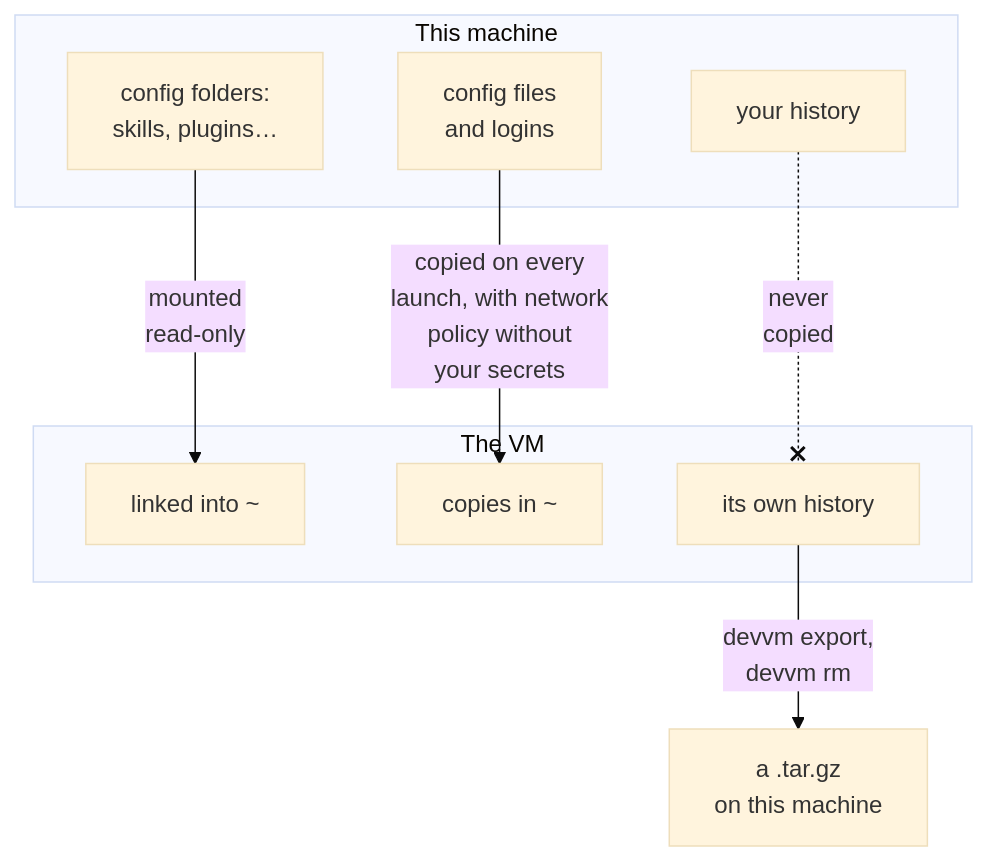
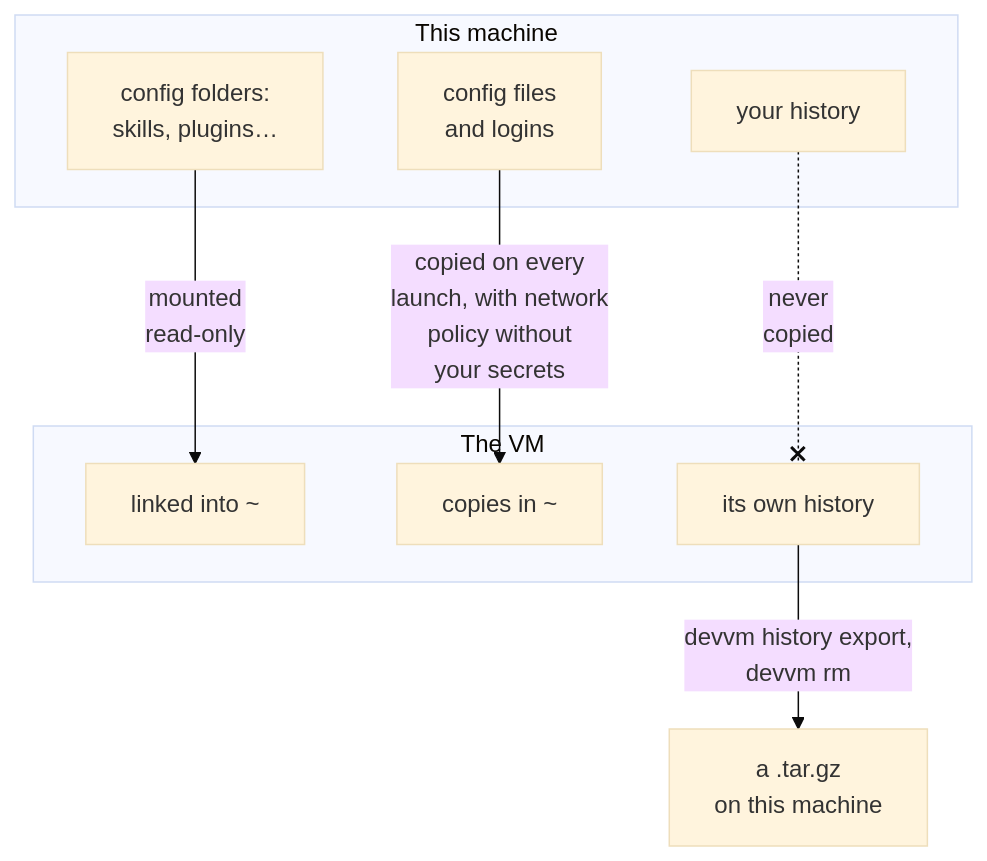
Before and after one commit to DustyPolk/devvm: the diagram in docs/content/docs/using/coding-agents.md, drawn with Mermaid (base theme). The commit also changed other lines of this file and 124 other files, not shown here.

````diff
--- a/docs/content/docs/using/coding-agents.md
+++ b/docs/content/docs/using/coding-agents.md
@@ -31,17 +31,17 @@
 ```mermaid
 flowchart TD
   subgraph host["This machine"]
     folders["config folders:<br>skills, plugins…"]
     files["config files<br>and logins"]
     history["your history"]
   end
   subgraph guest["The VM"]
     links["linked into ~"]
     copies["copies in ~"]
     own["its own history"]
   end
   folders -- "mounted<br>read-only" --> links
   files -- "copied on every<br>launch, with network<br>policy without<br>your secrets" --> copies
   history -. "never<br>copied" .-x own
-  own -- "devvm export,<br>devvm rm" --> export["a .tar.gz<br>on this machine"]
+  own -- "devvm history export,<br>devvm rm" --> export["a .tar.gz<br>on this machine"]
 ```
````
